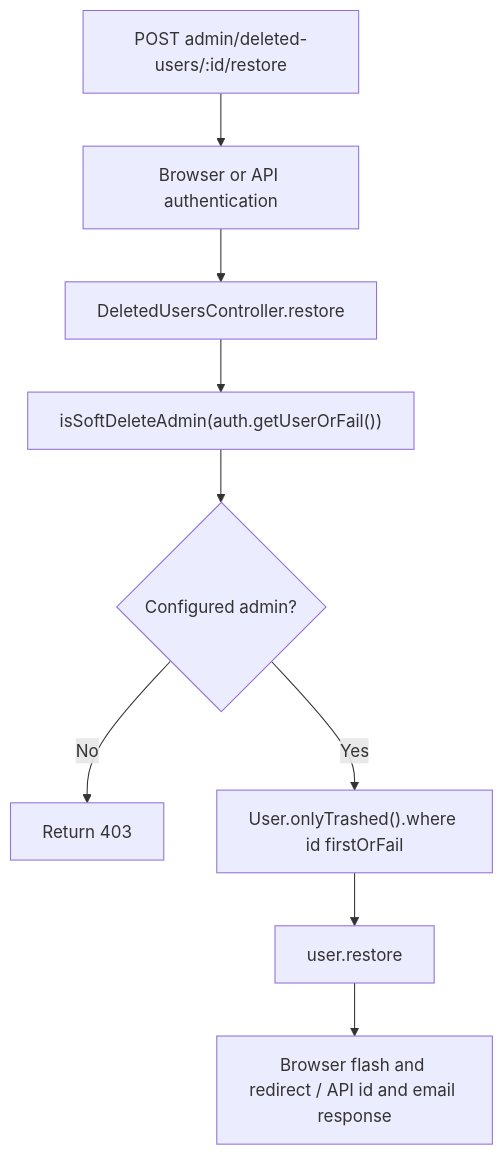
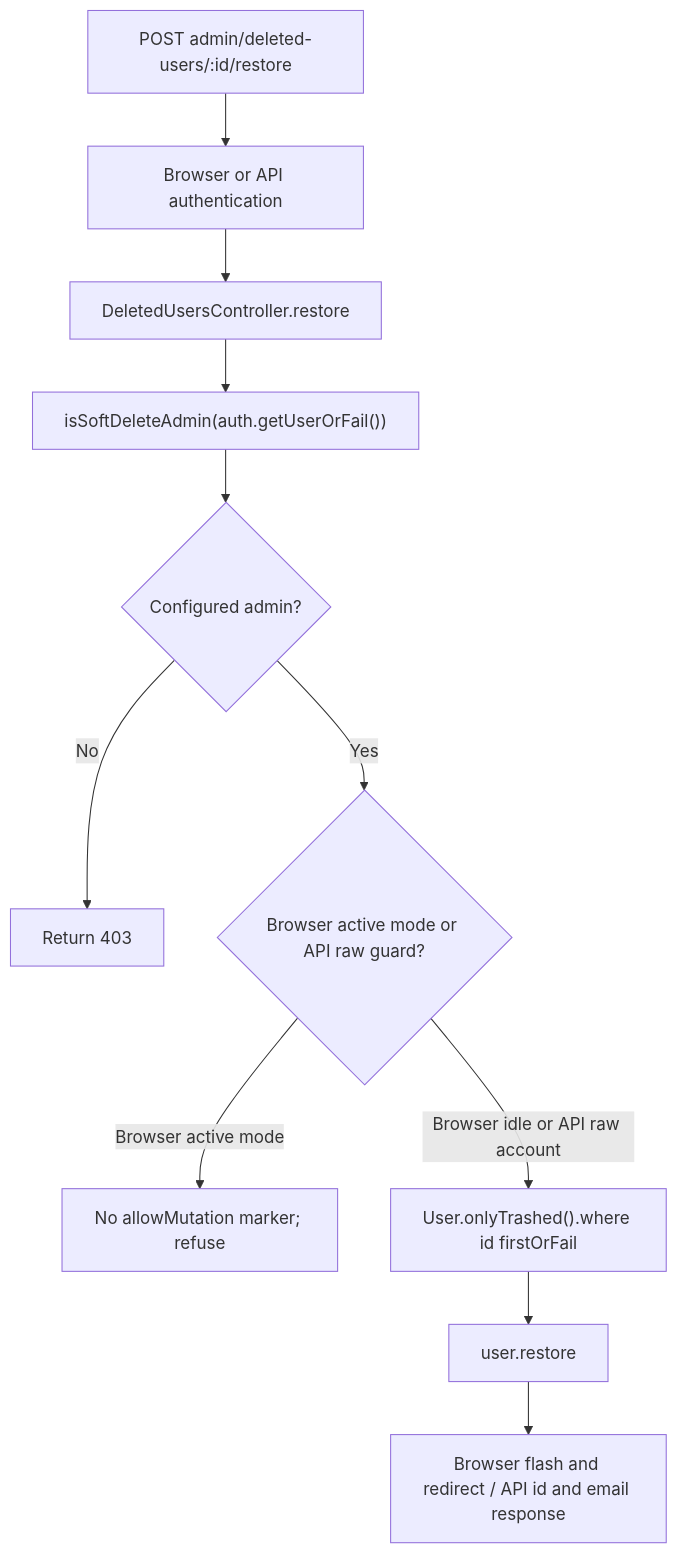
The second of 2 diagrams in user-stories/soft-delete/us-delete-03-restore-deleted-account.md (Kevinjohn/oss-adonisjs-starter-examples), drawn with Mermaid before and after one commit. The commit also changed other lines of this file and 5 other files, not shown here.

````diff
--- a/user-stories/soft-delete/us-delete-03-restore-deleted-account.md
+++ b/user-stories/soft-delete/us-delete-03-restore-deleted-account.md
@@ -36,11 +39,13 @@
 ```mermaid
 flowchart TD
     A["POST admin/deleted-users/:id/restore"] --> B["Browser or API authentication"]
     B --> C["DeletedUsersController.restore"]
     C --> D["isSoftDeleteAdmin(auth.getUserOrFail())"]
     D --> E{"Configured admin?"}
     E -->|No| F["Return 403"]
-    E -->|Yes| G["User.onlyTrashed().where id firstOrFail"]
-    G --> H["user.restore"]
-    H --> I["Browser flash and redirect / API id and email response"]
+    E -->|Yes| G{"Browser active mode or API raw guard?"}
+    G -->|Browser active mode| H["No allowMutation marker; refuse"]
+    G -->|Browser idle or API raw account| I["User.onlyTrashed().where id firstOrFail"]
+    I --> J["user.restore"]
+    J --> K["Browser flash and redirect / API id and email response"]
 ```
````
